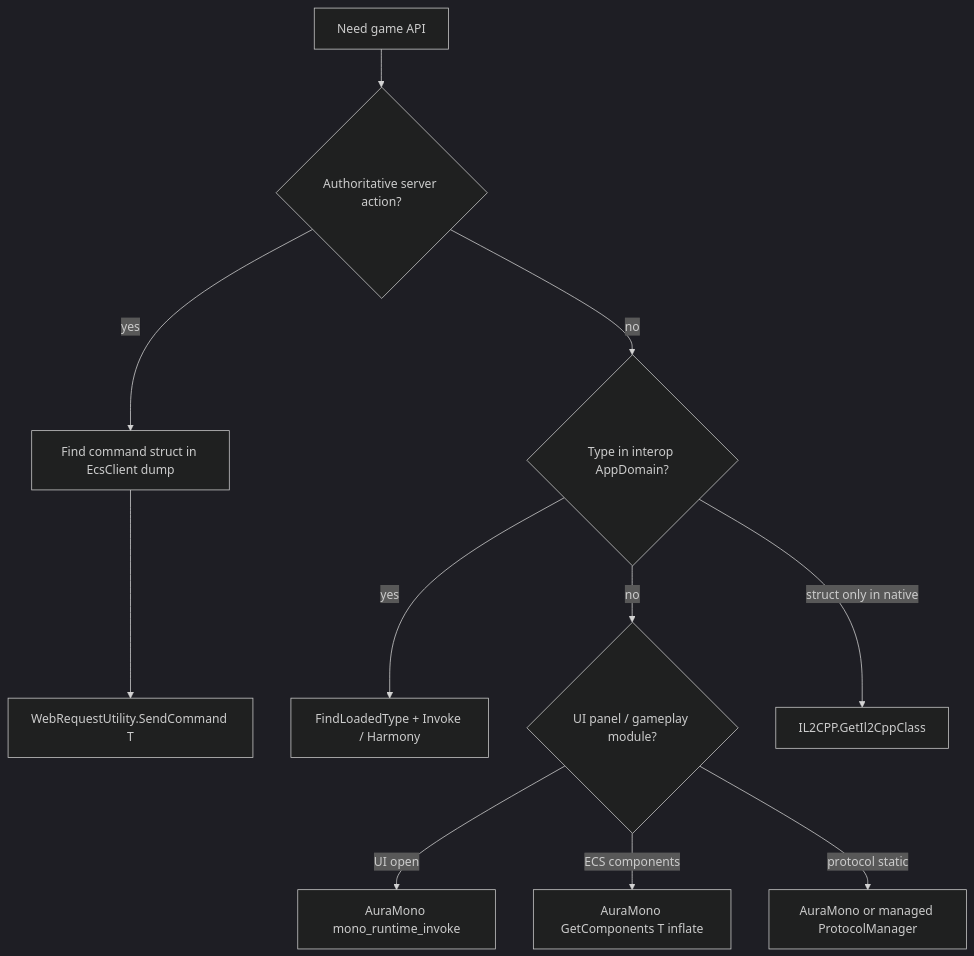
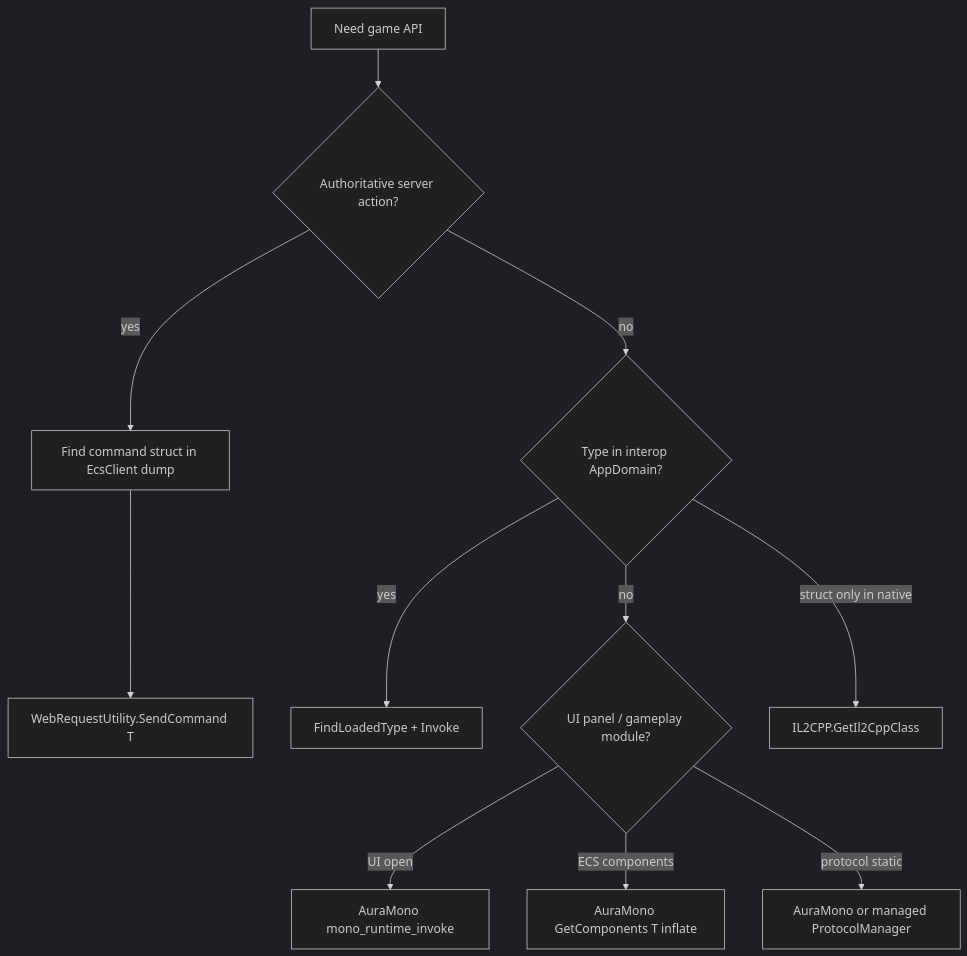
One commit to baboodev/Bugtopia changed the diagram in AGENTS.md. Above: the diagram before and after it, drawn with Mermaid (dark theme). The commit also changed other lines of this file and 3 other files, not shown here.

````diff
--- a/AGENTS.md
+++ b/AGENTS.md
@@ -226,13 +227,13 @@
 ```mermaid
 flowchart TD
   A[Need game API] --> B{Authoritative server action?}
   B -->|yes| C[Find command struct in EcsClient dump]
   C --> D[WebRequestUtility.SendCommand T]
   B -->|no| E{Type in interop AppDomain?}
-  E -->|yes| F[FindLoadedType + Invoke / Harmony]
+  E -->|yes| F[FindLoadedType + Invoke]
   E -->|no| G{UI panel / gameplay module?}
   G -->|UI open| H[AuraMono mono_runtime_invoke]
   G -->|ECS components| I[AuraMono GetComponents T inflate]
   G -->|protocol static| J[AuraMono or managed ProtocolManager]
   E -->|struct only in native| K[IL2CPP.GetIl2CppClass]
 ```
````
